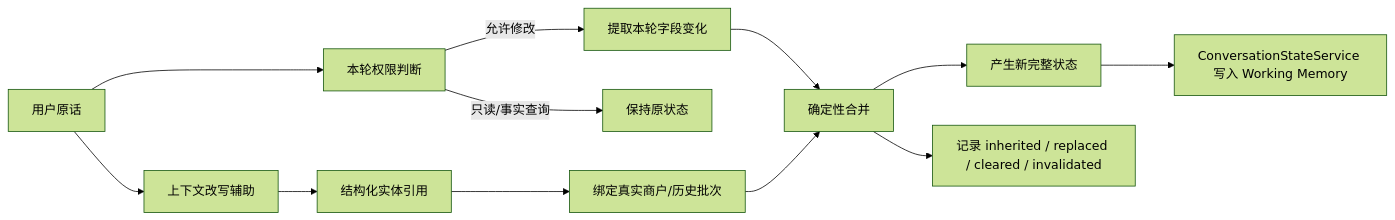
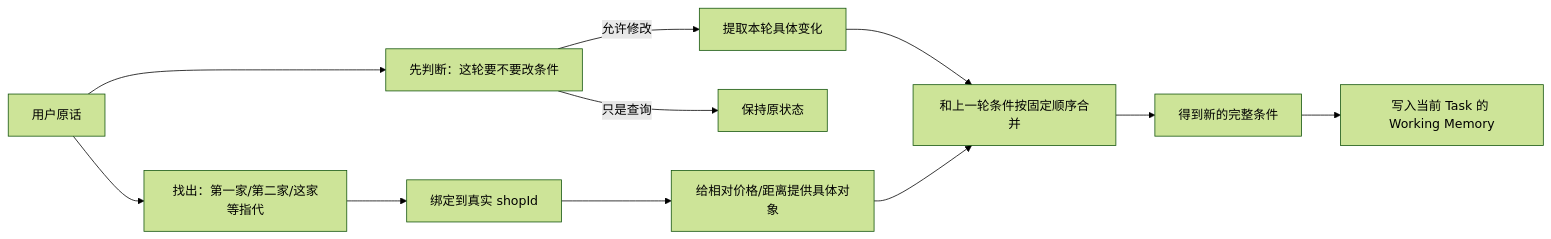
One commit to huwuhu6/dp-plus changed the first of 3 diagrams in doc/02_用户约束建模、提取与状态合并——开发故事与面试准备.md. Above: the diagram before and after it, drawn with Mermaid (forest theme). The commit also changed other lines of this file, not shown here.

````diff
--- a/doc/02_用户约束建模、提取与状态合并——开发故事与面试准备.md
+++ b/doc/02_用户约束建模、提取与状态合并——开发故事与面试准备.md
@@ -13,14 +17,13 @@
 ```mermaid
 flowchart LR
-    A[用户原话] --> B[本轮权限判断]
-    A --> C[上下文改写辅助]
-    C --> D[结构化实体引用]
-    B -->|允许修改| E[提取本轮字段变化]
-    B -->|只读/事实查询| F[保持原状态]
-    D --> G[绑定真实商户/历史批次]
-    E --> H[确定性合并]
+    A[用户原话] --> B[先判断：这轮要不要改条件]
+    A --> C[找出：第一家/第二家/这家等指代]
+    C --> D[绑定到真实 shopId]
+    B -->|允许修改| E[提取本轮具体变化]
+    B -->|只是查询| F[保持原状态]
+    D --> G[给相对价格/距离提供具体对象]
+    E --> H[和上一轮条件按固定顺序合并]
     G --> H
-    H --> I[产生新完整状态]
-    I --> J[ConversationStateService 写入 Working Memory]
-    H --> K[记录 inherited / replaced / cleared / invalidated]
+    H --> I[得到新的完整条件]
+    I --> J[写入当前 Task 的 Working Memory]
 ```
````
